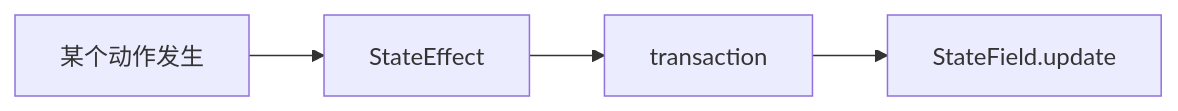
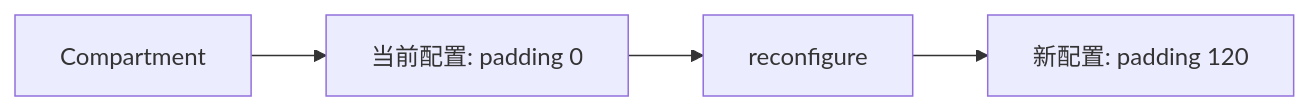
Before and after one commit to swarm-apps/SwarmNote: the second of 3 diagrams in dev-notes/cm6-from-0-to-1/04-先学会判断一个功能该写成哪种扩展.md, drawn with Mermaid. The commit also changed other lines of this file and 9 other files, not shown here.

````diff
--- a/dev-notes/cm6-from-0-to-1/04-先学会判断一个功能该写成哪种扩展.md
+++ b/dev-notes/cm6-from-0-to-1/04-先学会判断一个功能该写成哪种扩展.md
@@ -87,6 +140,6 @@
 ```mermaid
 graph LR
-    A[某个动作发生] --> B[StateEffect]
-    B --> C[transaction]
-    C --> D[StateField.update]
+    A[Compartment] --> B[当前配置: padding 0]
+    B --> C[reconfigure]
+    C --> D[新配置: padding 120]
 ```
````
